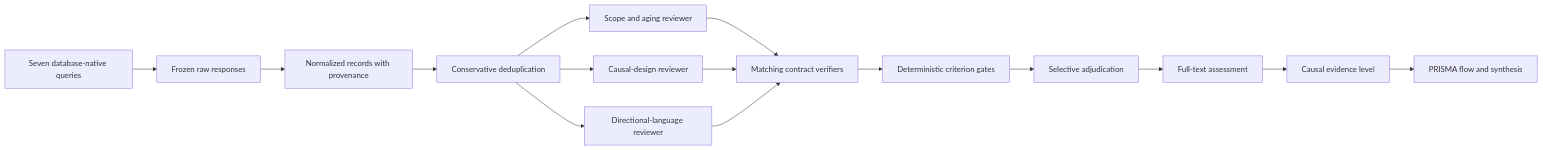
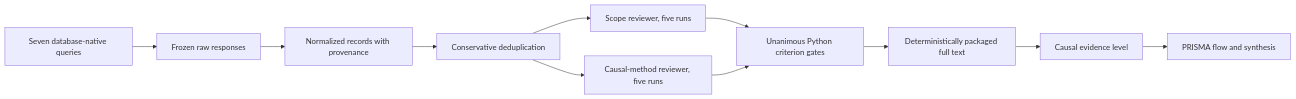
Before and after one commit to BogdanDidenko/causal-multiomics-aging-review: the diagram in README.md, drawn with Mermaid. The commit also changed other lines of this file and 128 other files, not shown here.

Commit message:
Implement causal multi-omics aging review v1

````diff
--- a/README.md
+++ b/README.md
@@ -29,17 +42,13 @@
 ```mermaid
 flowchart LR
   A["Seven database-native queries"] --> B["Frozen raw responses"]
   B --> C["Normalized records with provenance"]
   C --> D["Conservative deduplication"]
-  D --> E["Scope and aging reviewer"]
-  D --> F["Causal-design reviewer"]
-  D --> G["Directional-language reviewer"]
-  E --> H["Matching contract verifiers"]
-  F --> H
-  G --> H
-  H --> I["Deterministic criterion gates"]
-  I --> J["Selective adjudication"]
-  J --> K["Full-text assessment"]
+  D --> E["Scope reviewer, five runs"]
+  D --> F["Causal-method reviewer, five runs"]
+  E --> I["Unanimous Python criterion gates"]
+  F --> I
+  I --> K["Deterministically packaged full text"]
   K --> L["Causal evidence level"]
   L --> M["PRISMA flow and synthesis"]
 ```
````
